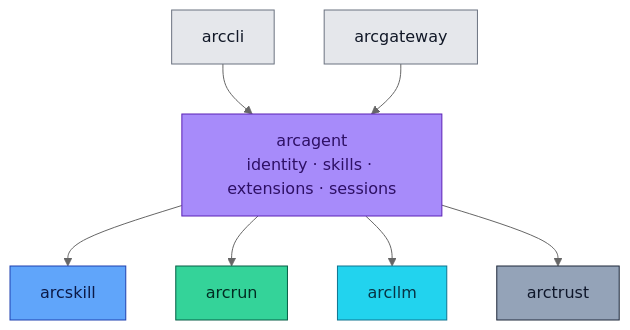
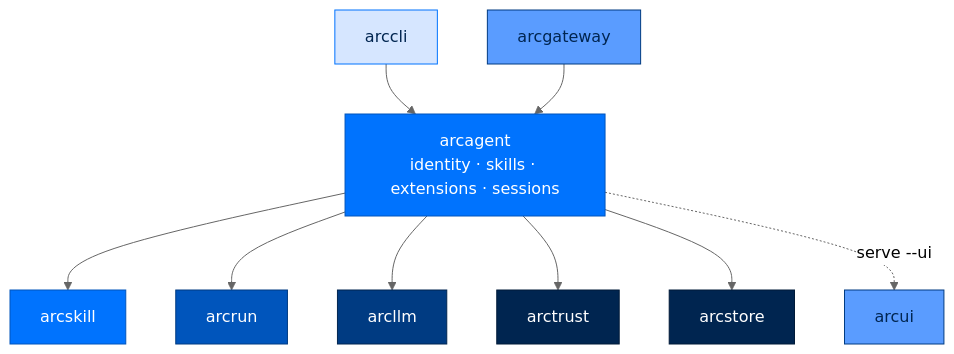
The diagram in packages/arcagent/README.md (joshuamschultz/Arc), drawn with Mermaid (neutral theme) before and after one commit. The commit also changed other lines of this file and 16 other files, not shown here.

````diff
--- a/packages/arcagent/README.md
+++ b/packages/arcagent/README.md
@@ -37,16 +37,18 @@
 ```mermaid
 flowchart TB
-    classDef ag fill:#A78BFA,stroke:#5B21B6,color:#2E1065
-    classDef rn fill:#34D399,stroke:#065F46,color:#022C22
-    classDef llm fill:#22D3EE,stroke:#0E7490,color:#083344
-    classDef sk fill:#60A5FA,stroke:#1E40AF,color:#0C1A47
-    classDef tr fill:#94A3B8,stroke:#1E293B,color:#0F172A
-    classDef other fill:#E5E7EB,stroke:#6B7280,color:#111827
+    classDef entry fill:#D6E6FF,stroke:#0073FE,color:#002550
+    classDef agent fill:#0073FE,stroke:#0055BC,color:#FFFFFF
+    classDef runtime fill:#0055BC,stroke:#003B82,color:#FFFFFF
+    classDef llm fill:#003B82,stroke:#002550,color:#FFFFFF
+    classDef surface fill:#5A9CFF,stroke:#003B82,color:#002550
+    classDef found fill:#002550,stroke:#001A38,color:#FFFFFF
 
-    arccli[arccli]:::other --> arcagent
-    arcgateway[arcgateway]:::other --> arcagent
-    arcagent[arcagent<br/>identity · skills · extensions · sessions]:::ag --> arcskill[arcskill]:::sk
-    arcagent --> arcrun[arcrun]:::rn
+    arccli[arccli]:::entry --> arcagent
+    arcgateway[arcgateway]:::surface --> arcagent
+    arcagent[arcagent<br/>identity · skills · extensions · sessions]:::agent --> arcskill[arcskill]:::agent
+    arcagent --> arcrun[arcrun]:::runtime
     arcagent --> arcllm[arcllm]:::llm
-    arcagent --> arctrust[arctrust]:::tr
+    arcagent --> arctrust[arctrust]:::found
+    arcagent --> arcstore[arcstore]:::found
+    arcagent -. serve --ui .-> arcui[arcui]:::surface
 ```
````
